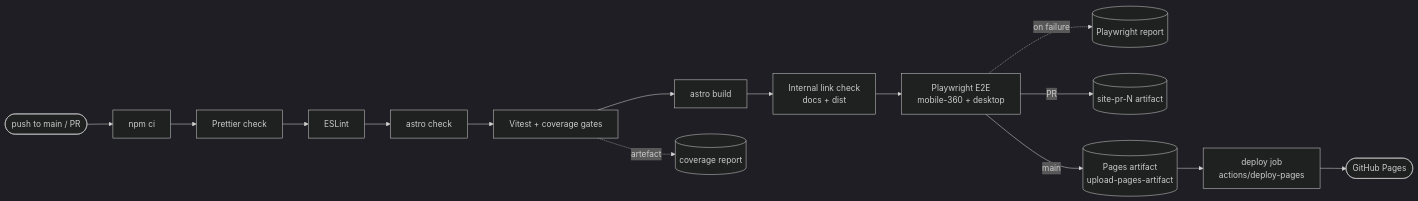
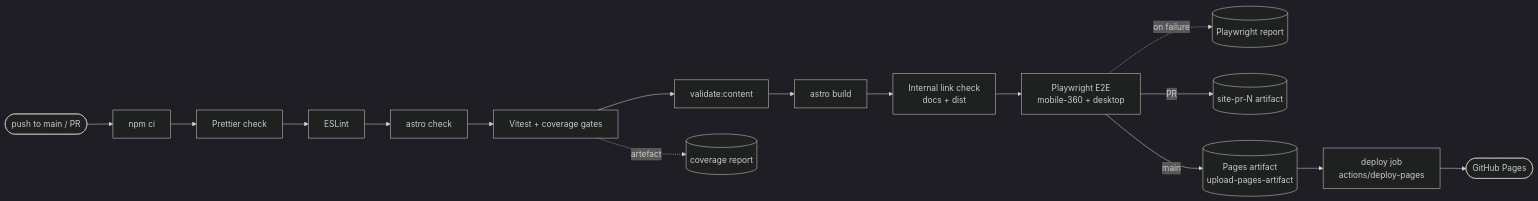
One commit to tudorgrigoriu90/valvia changed the diagram in docs/ci-cd.md. Above: the diagram before and after it, drawn with Mermaid (dark theme). The commit also changed 16 other files, not shown here.

First line of the commit message:
CH-6: content loader and validate:content

````diff
--- a/docs/ci-cd.md
+++ b/docs/ci-cd.md
@@ -19,13 +19,13 @@
 ```mermaid
 flowchart LR
     trig(["push to main / PR"]) --> install["npm ci"]
     install --> fmt["Prettier check"] --> lint["ESLint"] --> types["astro check"]
-    types --> unit["Vitest + coverage gates"] --> build["astro build"]
+    types --> unit["Vitest + coverage gates"] --> content["validate:content"] --> build["astro build"]
     build --> links["Internal link check<br/>docs + dist"] --> e2e["Playwright E2E<br/>mobile-360 + desktop"]
     unit -. artefact .-> cov[("coverage report")]
     e2e -. on failure .-> pw[("Playwright report")]
     e2e -- "PR" --> prart[("site-pr-N artifact")]
     e2e -- "main" --> art[("Pages artifact<br/>upload-pages-artifact")]
     art --> deploy["deploy job<br/>actions/deploy-pages"]
     deploy --> pages(["GitHub Pages"])
 ```
````
